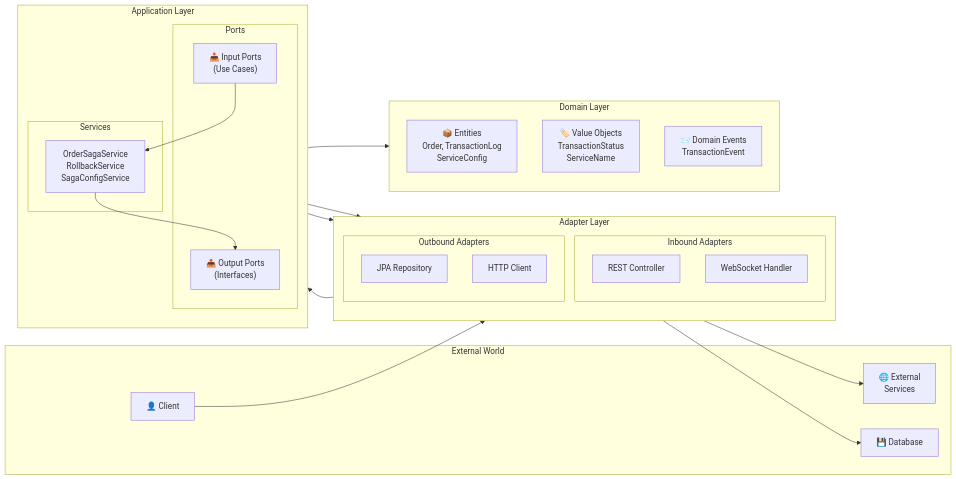
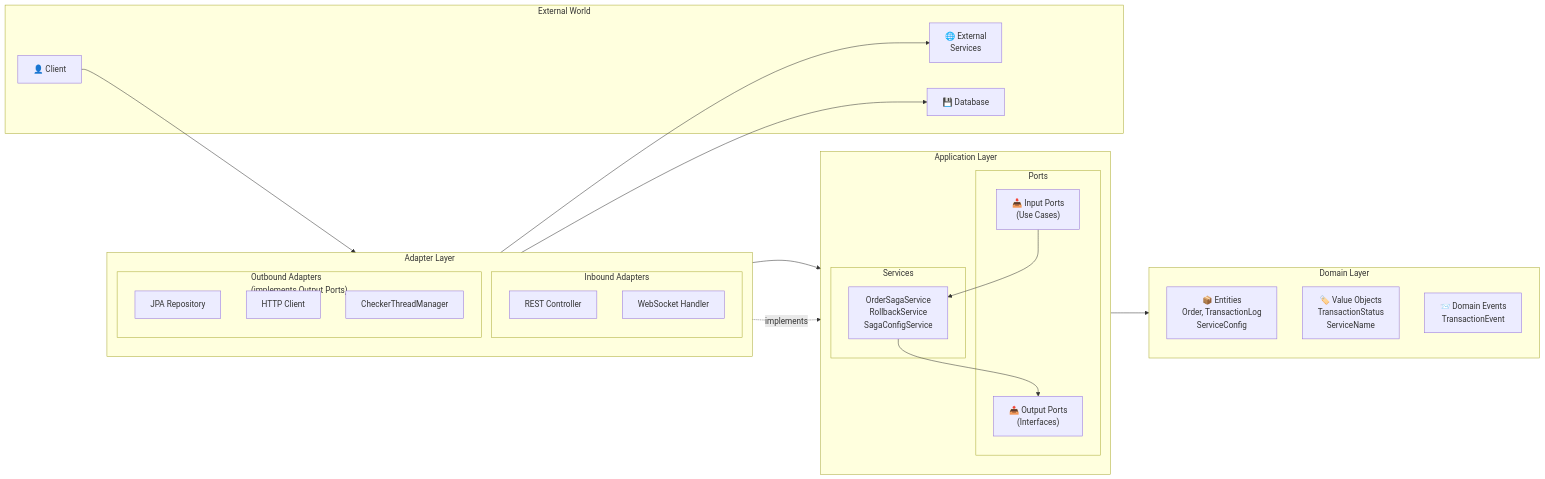
Before and after one commit to ChunPingWang/saga-camel: the second of 6 diagrams in README.md, drawn with Mermaid. The commit also changed other lines of this file, not shown here.

First line of the commit message:
docs: 修正 README 架構圖的依賴方向說明

````diff
--- a/README.md
+++ b/README.md
@@ -73,48 +74,48 @@
 ```mermaid
 flowchart LR
     subgraph External["External World"]
         Client["👤 Client"]
         ExtSvc["🌐 External<br/>Services"]
         Database["💾 Database"]
     end
 
     subgraph Adapters["Adapter Layer"]
         direction TB
         subgraph InAdapter["Inbound Adapters"]
             REST["REST Controller"]
             WSHandler["WebSocket Handler"]
         end
-        subgraph OutAdapter["Outbound Adapters"]
+        subgraph OutAdapter["Outbound Adapters<br/>(implements Output Ports)"]
             Repo["JPA Repository"]
             HttpClient["HTTP Client"]
+            CheckerAdapter["CheckerThreadManager"]
         end
     end
 
     subgraph Application["Application Layer"]
         direction TB
         subgraph Ports["Ports"]
             InPort["📥 Input Ports<br/>(Use Cases)"]
             OutPort["📤 Output Ports<br/>(Interfaces)"]
         end
         subgraph Services["Services"]
             Svc["OrderSagaService<br/>RollbackService<br/>SagaConfigService"]
         end
         InPort --> Svc
         Svc --> OutPort
     end
 
     subgraph Domain["Domain Layer"]
         Entities["📦 Entities<br/>Order, TransactionLog<br/>ServiceConfig"]
         Values["🏷️ Value Objects<br/>TransactionStatus<br/>ServiceName"]
         Events["📨 Domain Events<br/>TransactionEvent"]
     end
 
     Client --> REST
     REST --> InPort
-    OutPort --> Repo
-    OutPort --> HttpClient
+    OutAdapter -.->|implements| OutPort
     Repo --> Database
     HttpClient --> ExtSvc
 
     Application --> Domain
 ```
````
